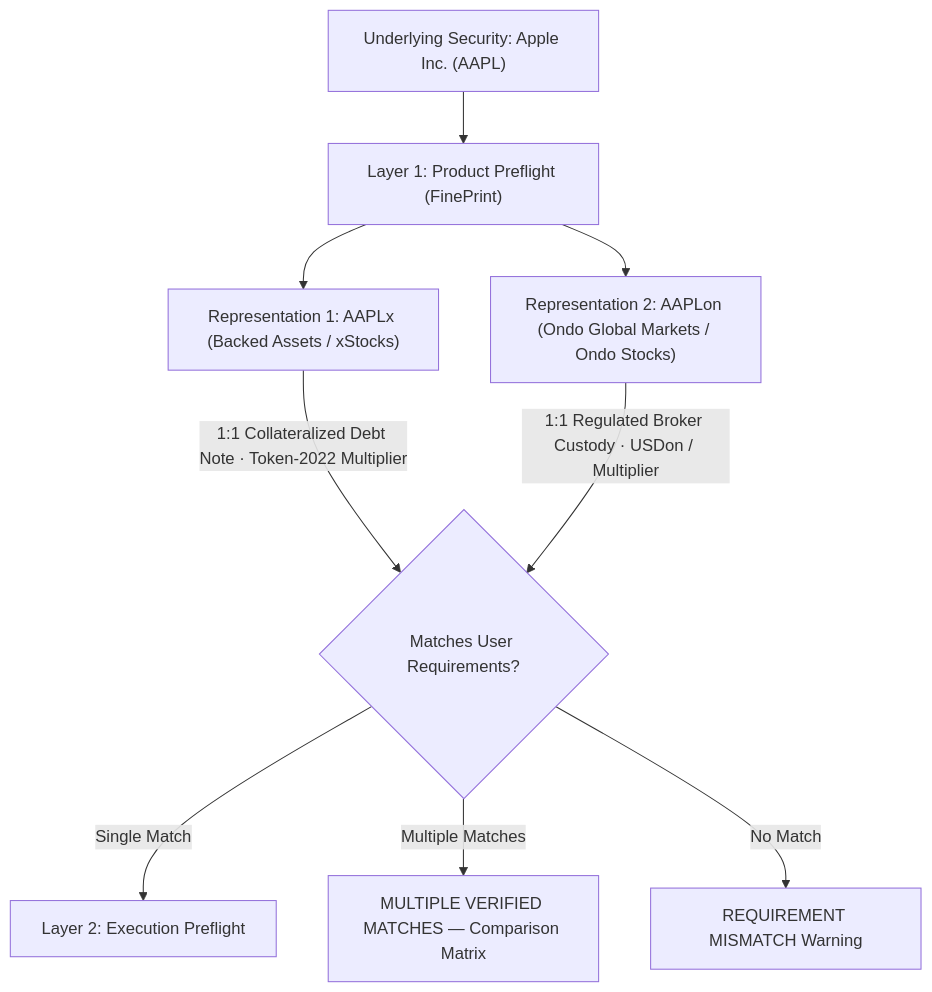
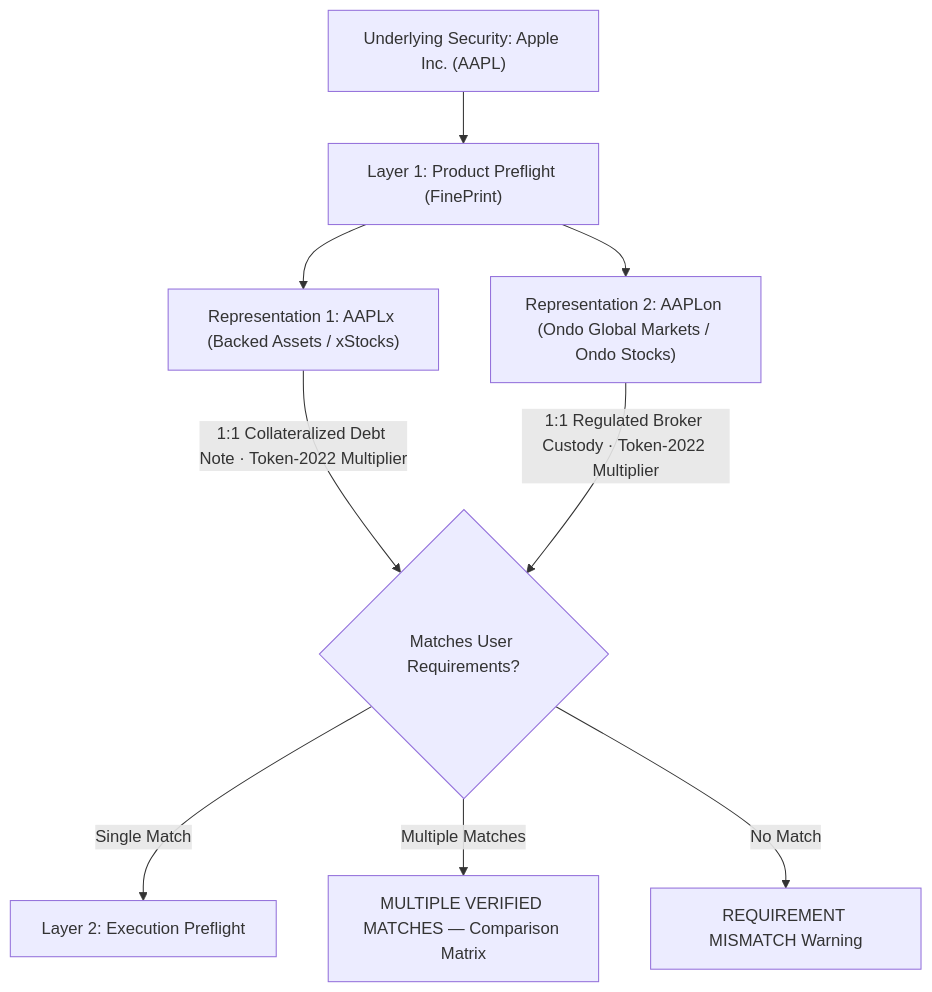
One commit to Techkeyy/justfair changed the diagram in docs/PRODUCT.md. Above: the diagram before and after it, drawn with Mermaid. The commit also changed other lines of this file and 7 other files, not shown here.

````diff
--- a/docs/PRODUCT.md
+++ b/docs/PRODUCT.md
@@ -20,11 +20,11 @@
 ```mermaid
 flowchart TD
     A["Underlying Security: Apple Inc. (AAPL)"] --> B["Layer 1: Product Preflight (FinePrint)"]
     B --> C["Representation 1: AAPLx (Backed Assets / xStocks)"]
     B --> D["Representation 2: AAPLon (Ondo Global Markets / Ondo Stocks)"]
     C -->|"1:1 Collateralized Debt Note · Token-2022 Multiplier"| E{"Matches User Requirements?"}
-    D -->|"1:1 Regulated Broker Custody · USDon / Multiplier"| E
+    D -->|"1:1 Regulated Broker Custody · Token-2022 Multiplier"| E
     E -->|Single Match| F["Layer 2: Execution Preflight"]
     E -->|Multiple Matches| G["MULTIPLE VERIFIED MATCHES — Comparison Matrix"]
     E -->|No Match| H["REQUIREMENT MISMATCH Warning"]
 ```
````
